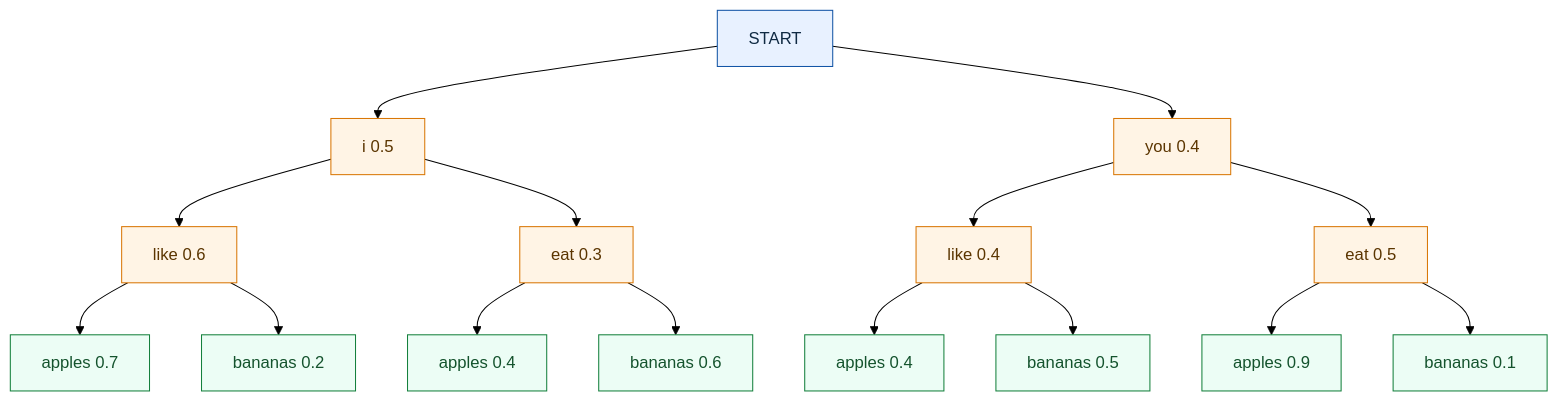
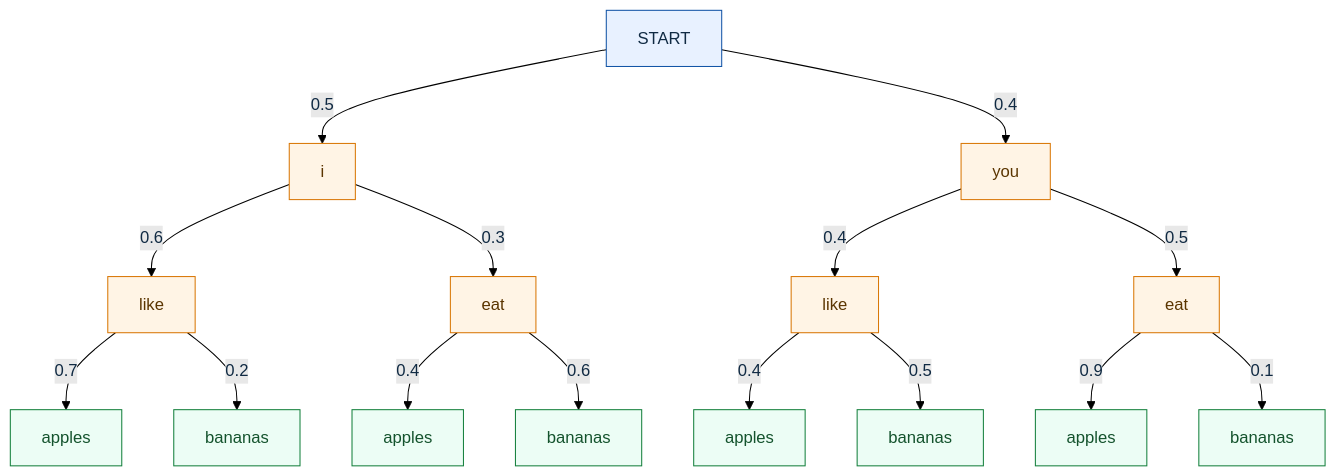
Before and after one commit to hrmiitm/llm: the diagram in pyq/assets/decoder-search.mmd, drawn with Mermaid (forest theme). The commit also changed 59 other files, not shown here.

Commit message:
fix learning diagrams and portal rendering

```diff
--- a/pyq/assets/decoder-search.mmd
+++ b/pyq/assets/decoder-search.mmd
@@ -1,23 +1,23 @@
 flowchart TD
     START[START]
-    START --> I[i 0.5]
-    START --> YOU[you 0.4]
-    I --> IL[like 0.6]
-    I --> IE[eat 0.3]
-    YOU --> YL[like 0.4]
-    YOU --> YE[eat 0.5]
-    IL --> ILA[apples 0.7]
-    IL --> ILB[bananas 0.2]
-    IE --> IEA[apples 0.4]
-    IE --> IEB[bananas 0.6]
-    YL --> YLA[apples 0.4]
-    YL --> YLB[bananas 0.5]
-    YE --> YEA[apples 0.9]
-    YE --> YEB[bananas 0.1]
+    START -->|0.5| I[i]
+    START -->|0.4| YOU[you]
+    I -->|0.6| IL[like]
+    I -->|0.3| IE[eat]
+    YOU -->|0.4| YL[like]
+    YOU -->|0.5| YE[eat]
+    IL -->|0.7| ILA[apples]
+    IL -->|0.2| ILB[bananas]
+    IE -->|0.4| IEA[apples]
+    IE -->|0.6| IEB[bananas]
+    YL -->|0.4| YLA[apples]
+    YL -->|0.5| YLB[bananas]
+    YE -->|0.9| YEA[apples]
+    YE -->|0.1| YEB[bananas]
 
     classDef root fill:#e8f1ff,stroke:#1355a6,color:#102a43;
     classDef branch fill:#fff4e5,stroke:#d97706,color:#5b3500;
     classDef leaf fill:#ecfdf5,stroke:#15803d,color:#14532d;
     class START root;
     class I,YOU,IL,IE,YL,YE branch;
     class ILA,ILB,IEA,IEB,YLA,YLB,YEA,YEB leaf;
```
